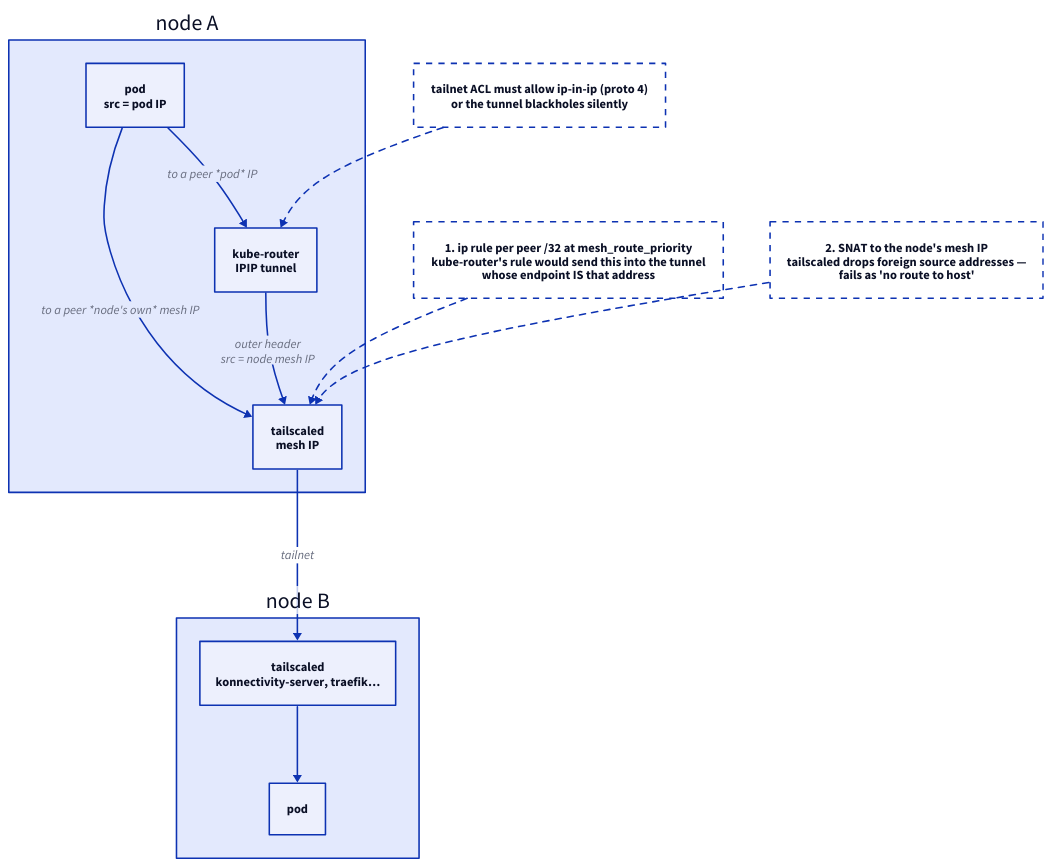
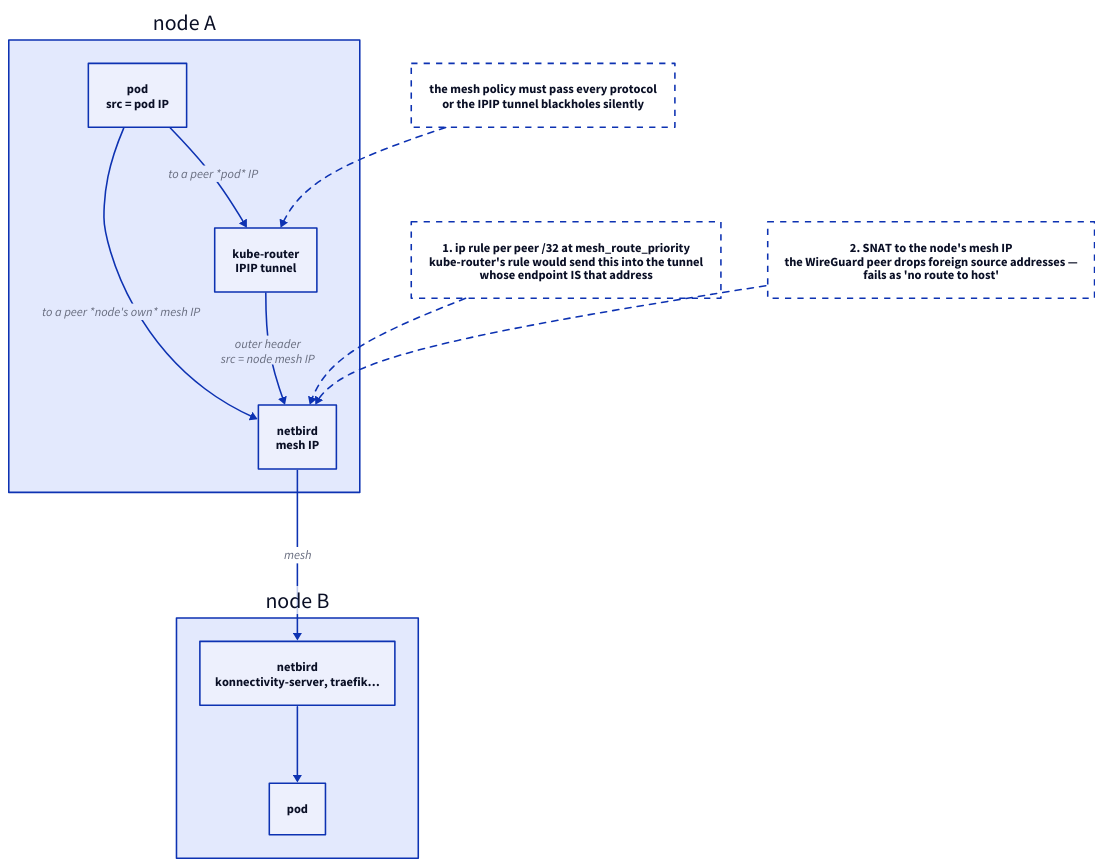
Before and after one commit to brewcoua/futhark: the diagram in docs/src/ansible/networking.md, drawn with D2. The commit also changed other lines of this file and 83 other files, not shown here.

First line of the commit message:
feat(mesh)!: replace tailscale with netbird

````diff
--- a/docs/src/ansible/networking.md
+++ b/docs/src/ansible/networking.md
@@ -20,34 +20,34 @@
 ```d2
 direction: down
 
 a: node A {
   pod: pod\nsrc = pod IP
   tun: kube-router\nIPIP tunnel
-  ts: tailscaled\nmesh IP
+  ts: netbird\nmesh IP
   pod -> tun: to a peer *pod* IP
   pod -> ts: to a peer *node's own* mesh IP
   tun -> ts: outer header\nsrc = node mesh IP
 }
 
 b: node B {
   bpod: pod
-  bts: "tailscaled\nkonnectivity-server, traefik…"
+  bts: "netbird\nkonnectivity-server, traefik…"
 }
 
-a.ts -> b.bts: tailnet
+a.ts -> b.bts: mesh
 b.bts -> b.bpod
 
 fix1: "1. ip rule per peer /32 at mesh_route_priority\nkube-router's rule would send this into the tunnel\nwhose endpoint IS that address" {
   style: { stroke-dash: 4; fill: transparent }
 }
-fix2: "2. SNAT to the node's mesh IP\ntailscaled drops foreign source addresses —\nfails as 'no route to host'" {
+fix2: "2. SNAT to the node's mesh IP\nthe WireGuard peer drops foreign source addresses —\nfails as 'no route to host'" {
   style: { stroke-dash: 4; fill: transparent }
 }
-acl: "tailnet ACL must allow ip-in-ip (proto 4)\nor the tunnel blackholes silently" {
+acl: "the mesh policy must pass every protocol\nor the IPIP tunnel blackholes silently" {
   style: { stroke-dash: 4; fill: transparent }
 }
 
 fix1 -> a.ts: { style.stroke-dash: 4 }
 fix2 -> a.ts: { style.stroke-dash: 4 }
 acl -> a.tun: { style.stroke-dash: 4 }
 ```
````
